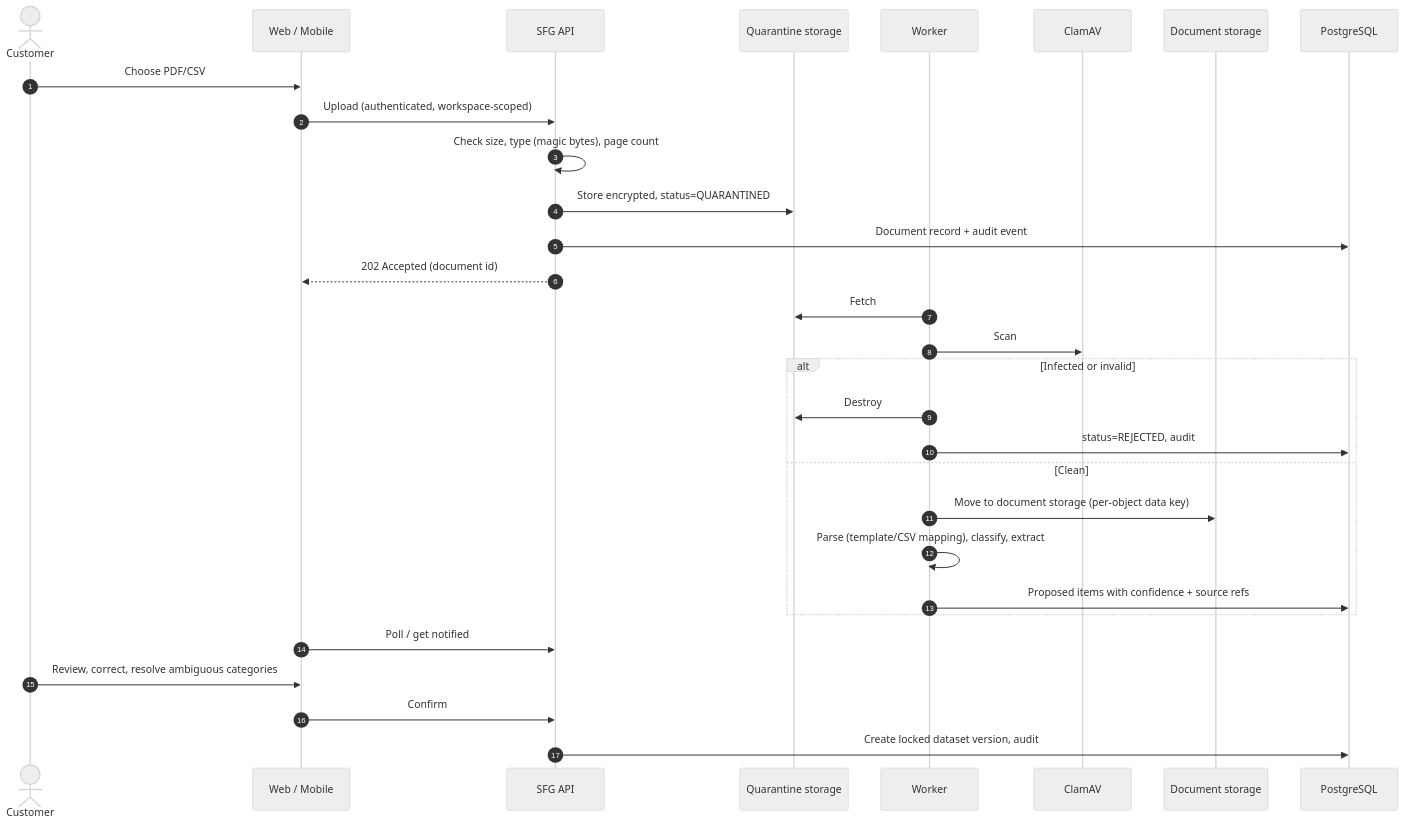
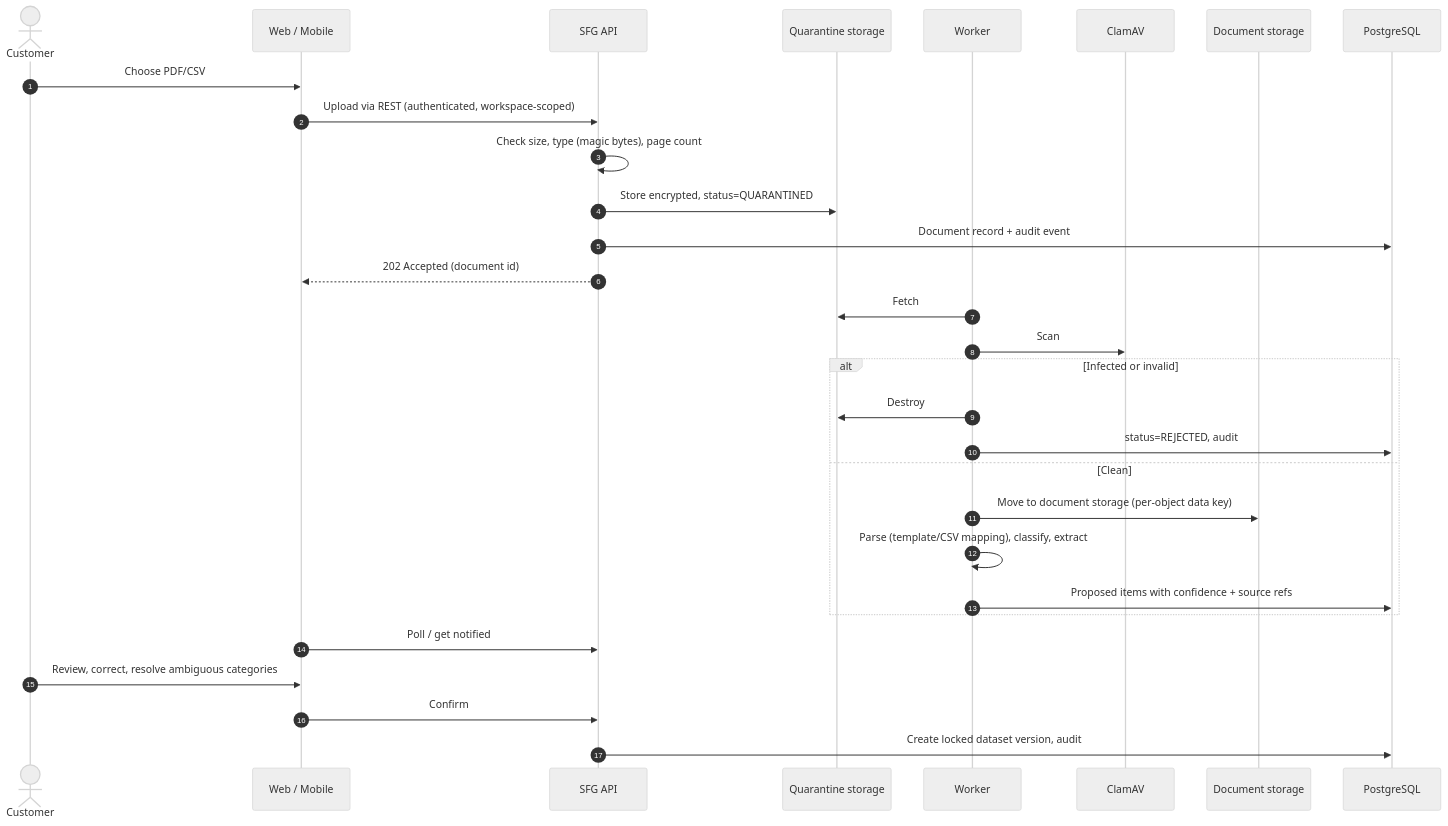
One commit to sdebie/sfg-parent changed the third of 5 diagrams in docs/high-level-design.md. Above: the diagram before and after it, drawn with Mermaid (neutral theme). The commit also changed other lines of this file and 1 other file, not shown here.

First line of the commit message:
Update HLD for REST + GraphQL, sfg-infra and Docker Hub CI

````diff
--- a/docs/high-level-design.md
+++ b/docs/high-level-design.md
@@ -233,33 +252,33 @@
 ```mermaid
 sequenceDiagram
   autonumber
   actor C as Customer
   participant App as Web / Mobile
   participant API as SFG API
   participant Q as Quarantine storage
   participant W as Worker
   participant AV as ClamAV
   participant S as Document storage
   participant DB as PostgreSQL
 
   C->>App: Choose PDF/CSV
-  App->>API: Upload (authenticated, workspace-scoped)
+  App->>API: Upload via REST (authenticated, workspace-scoped)
   API->>API: Check size, type (magic bytes), page count
   API->>Q: Store encrypted, status=QUARANTINED
   API->>DB: Document record + audit event
   API-->>App: 202 Accepted (document id)
   W->>Q: Fetch
   W->>AV: Scan
   alt Infected or invalid
     W->>Q: Destroy
     W->>DB: status=REJECTED, audit
   else Clean
     W->>S: Move to document storage (per-object data key)
     W->>W: Parse (template/CSV mapping), classify, extract
     W->>DB: Proposed items with confidence + source refs
   end
   App->>API: Poll / get notified
   C->>App: Review, correct, resolve ambiguous categories
   App->>API: Confirm
   API->>DB: Create locked dataset version, audit
 ```
````
